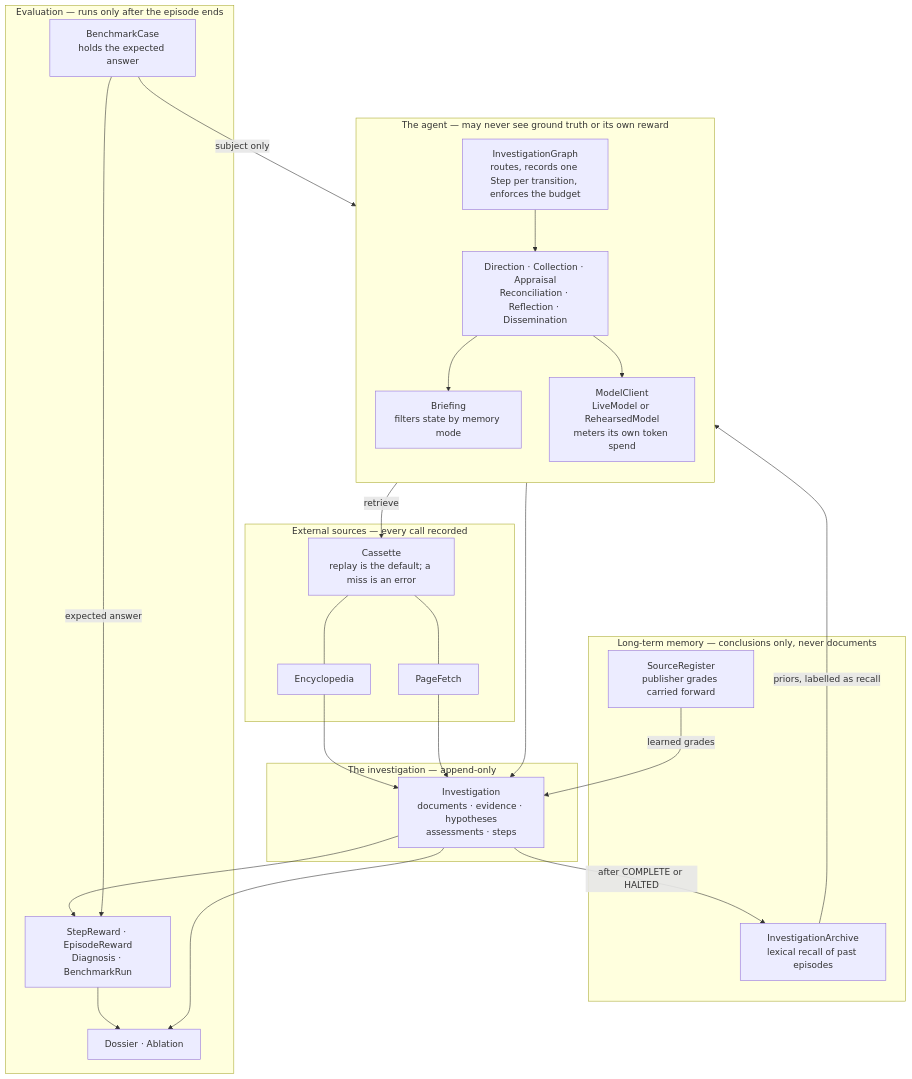
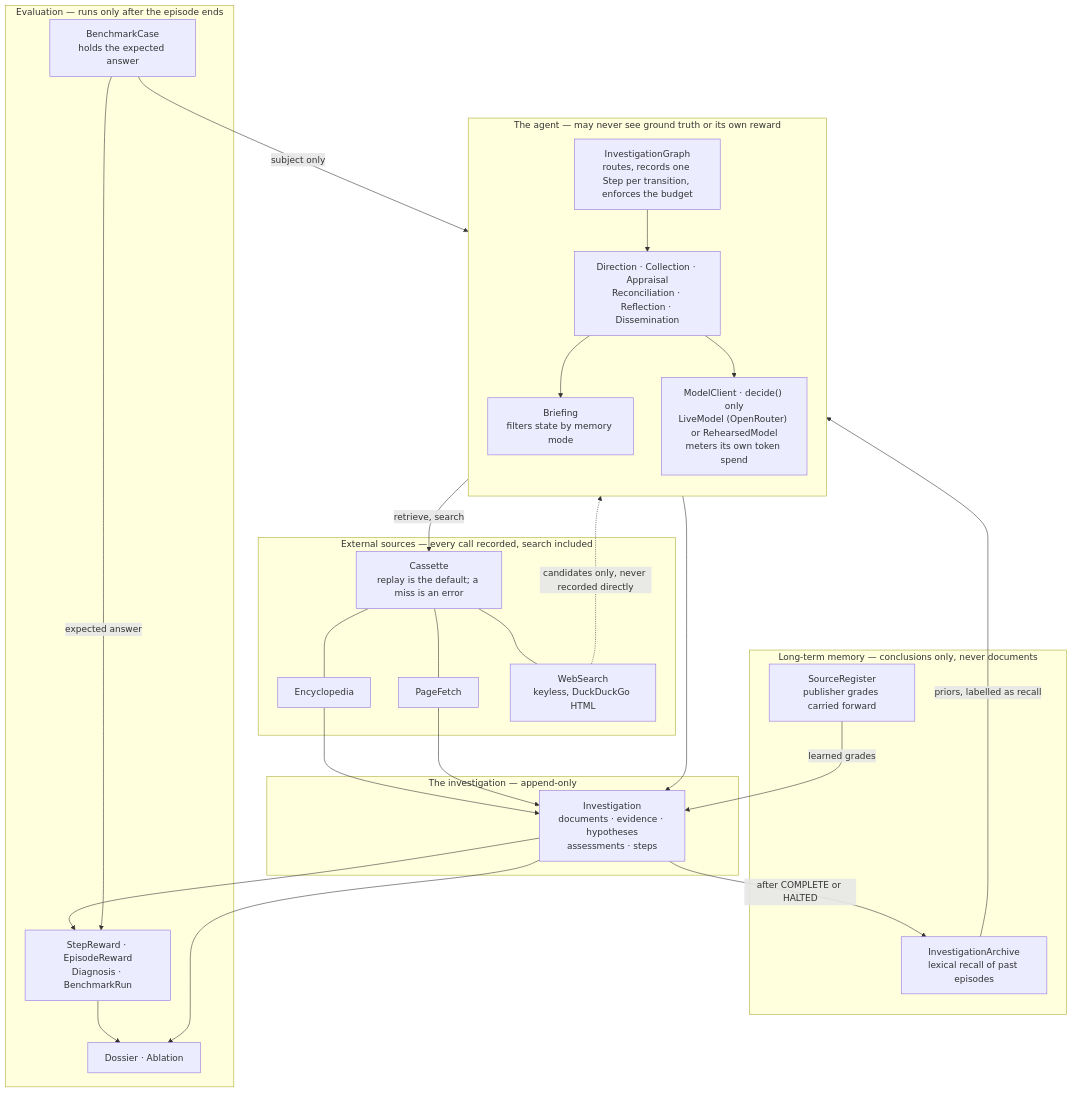
Before and after one commit to Kritantasasanroy/agentic-osint-harness: the second of 2 diagrams in docs/architecture.md, drawn with Mermaid. The commit also changed other lines of this file and 22 other files, not shown here.

Commit message:
Switch to OpenRouter and turn search into a tool

````diff
--- a/docs/architecture.md
+++ b/docs/architecture.md
@@ -41,49 +41,52 @@
 ```mermaid
 flowchart TB
     subgraph agent["The agent — may never see ground truth or its own reward"]
         direction TB
         MACHINE["InvestigationGraph<br/>routes, records one Step per transition, enforces the budget"]
         PHASES["Direction · Collection · Appraisal<br/>Reconciliation · Reflection · Dissemination"]
         BRIEF["Briefing<br/>filters state by memory mode"]
-        MODEL["ModelClient<br/>LiveModel or RehearsedModel<br/>meters its own token spend"]
+        MODEL["ModelClient · decide() only<br/>LiveModel (OpenRouter) or RehearsedModel<br/>meters its own token spend"]
         MACHINE --> PHASES
         PHASES --> BRIEF
         PHASES --> MODEL
     end
 
-    subgraph outside["External sources — every call recorded"]
+    subgraph outside["External sources — every call recorded, search included"]
         CASS["Cassette<br/>replay is the default; a miss is an error"]
         ENC["Encyclopedia"]
         PAGE["PageFetch"]
+        SEARCH["WebSearch<br/>keyless, DuckDuckGo HTML"]
         CASS --- ENC
         CASS --- PAGE
+        CASS --- SEARCH
     end
 
     subgraph mem["Long-term memory — conclusions only, never documents"]
         ARCH["InvestigationArchive<br/>lexical recall of past episodes"]
         REG["SourceRegister<br/>publisher grades carried forward"]
     end
 
     subgraph record["The investigation — append-only"]
         INV["Investigation<br/>documents · evidence · hypotheses<br/>assessments · steps"]
     end
 
     subgraph eval["Evaluation — runs only after the episode ends"]
         CASE["BenchmarkCase<br/>holds the expected answer"]
         SCORE["StepReward · EpisodeReward<br/>Diagnosis · BenchmarkRun"]
         REPORT["Dossier · Ablation"]
     end
 
-    PHASES -->|"retrieve"| CASS
+    PHASES -->|"retrieve, search"| CASS
     ENC --> INV
     PAGE --> INV
+    SEARCH -.->|"candidates only, never recorded directly"| PHASES
     ARCH -->|"priors, labelled as recall"| BRIEF
     REG -->|"learned grades"| INV
     PHASES --> INV
     INV -->|"after COMPLETE or HALTED"| ARCH
     INV --> SCORE
     CASE -->|"subject only"| MACHINE
     CASE -->|"expected answer"| SCORE
     SCORE --> REPORT
     INV --> REPORT
 ```
````
